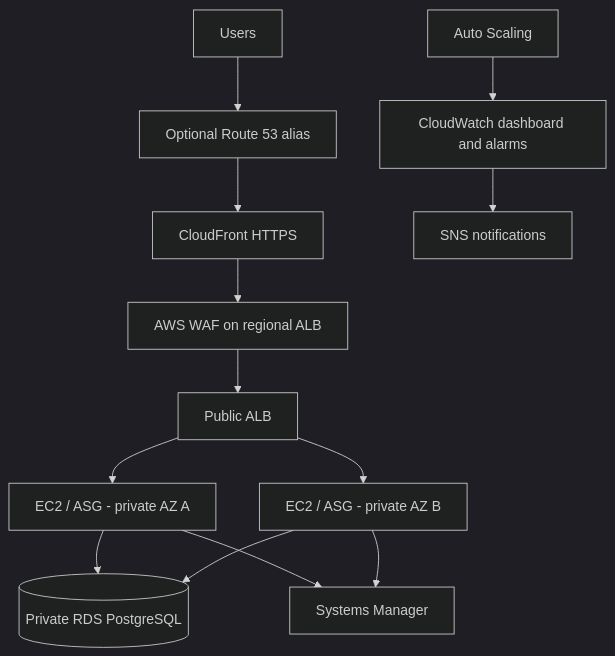
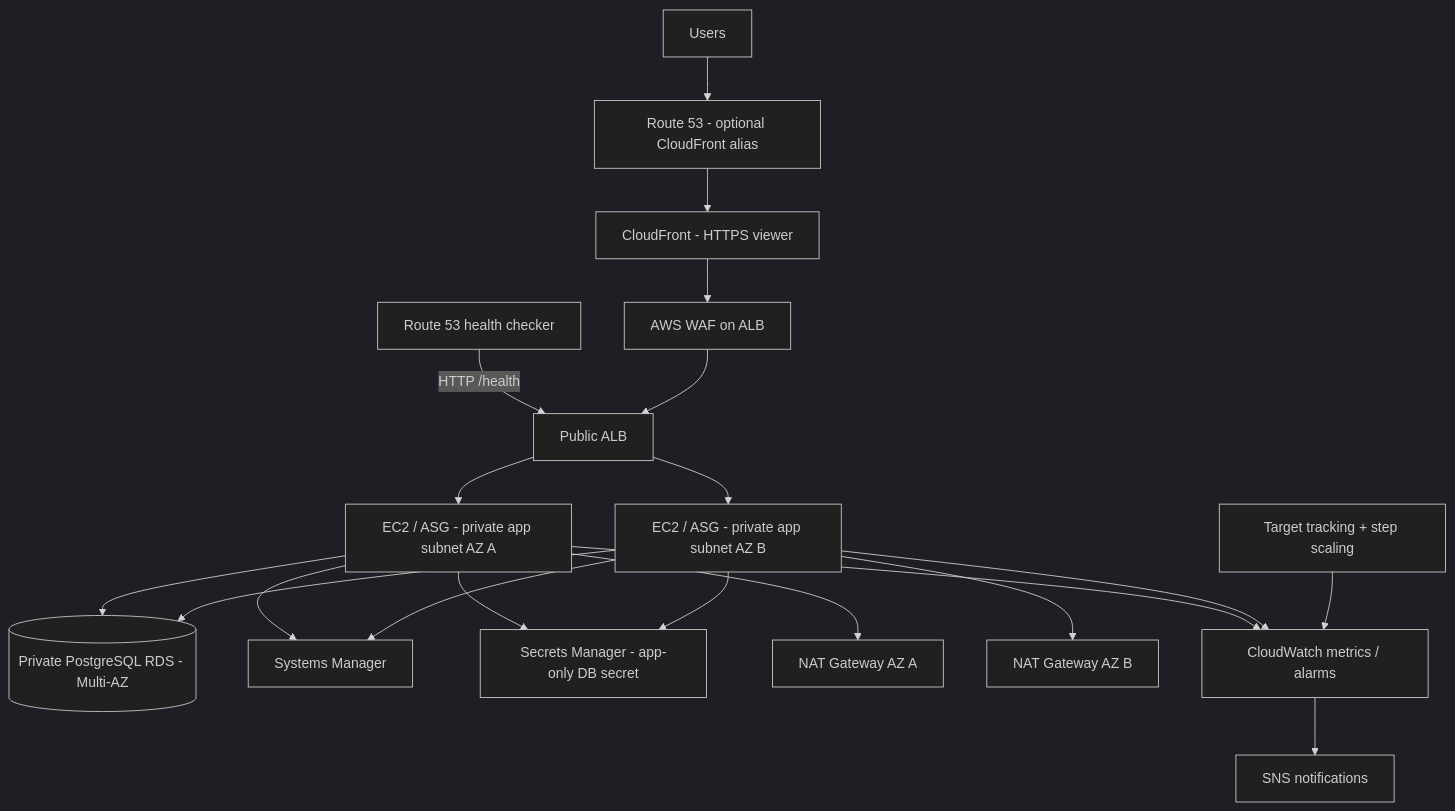
One commit to SherifOracleDBA/Sherif2022 changed the diagram in projects/project-01-scalable-webapp/README.md. Above: the diagram before and after it, drawn with Mermaid (dark theme). The commit also changed other lines of this file, not shown here.

```diff
--- a/projects/project-01-scalable-webapp/README.md
+++ b/projects/project-01-scalable-webapp/README.md
@@ -9,15 +10,22 @@
 ~~~mermaid
-flowchart TD
-    U[Users] --> R53[Optional Route 53 alias]
-    R53 --> CF[CloudFront HTTPS]
-    CF --> WAF[AWS WAF on regional ALB]
-    WAF --> ALB[Public ALB]
-    ALB --> EC2A[EC2 / ASG - private AZ A]
-    ALB --> EC2B[EC2 / ASG - private AZ B]
-    EC2A --> RDS[(Private RDS PostgreSQL)]
-    EC2B --> RDS
-    EC2A --> SSM[Systems Manager]
-    EC2B --> SSM
-    ASG[Auto Scaling] --> CW[CloudWatch dashboard and alarms]
+flowchart TB
+    Users[Users] --> DNS[Route 53 - optional CloudFront alias]
+    DNS --> CF[CloudFront - HTTPS viewer]
+    CF --> WAF[AWS WAF on ALB]
+    HC[Route 53 health checker] -->|HTTP /health| ALB[Public ALB]
+    WAF --> ALB
+    ALB --> AppA[EC2 / ASG - private app subnet AZ A]
+    ALB --> AppB[EC2 / ASG - private app subnet AZ B]
+    AppA --> DB[(Private PostgreSQL RDS - Multi-AZ)]
+    AppB --> DB
+    AppA --> SSM[Systems Manager]
+    AppB --> SSM
+    AppA --> Secrets[Secrets Manager - app-only DB secret]
+    AppB --> Secrets
+    AppA --> NATa[NAT Gateway AZ A]
+    AppB --> NATb[NAT Gateway AZ B]
+    AppA --> CW[CloudWatch metrics / alarms]
+    AppB --> CW
+    ASG[Target tracking + step scaling] --> CW
     CW --> SNS[SNS notifications]
 ~~~
```
